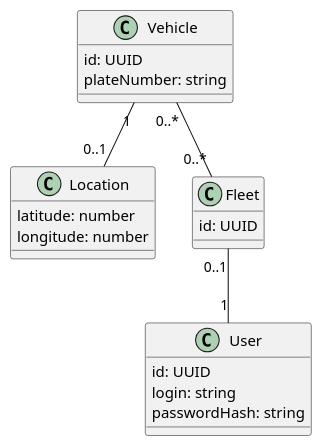
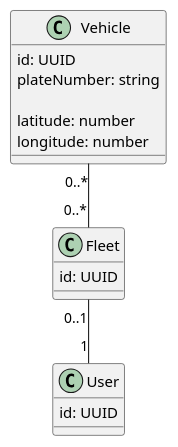
One commit to srobfr/fulll-hiring changed the diagram in Backend/Node/doc/Domain.puml. Above: the diagram before and after it, drawn with PlantUML. The commit also changed 2 other files, not shown here.

Commit message:
feat: fleet & vehicle steps

```diff
--- a/Backend/Node/doc/Domain.puml
+++ b/Backend/Node/doc/Domain.puml
@@ -1,29 +1,24 @@
 @startuml
 
 ' Domain model for the Fulll Vehicle fleet parking management system
 
 class Vehicle {
     id: UUID
     plateNumber: string
-}
 
-class Location {
     latitude: number
     longitude: number
 }
 
 class User {
     id: UUID
-    login: string
-    passwordHash: string
 }
 
 class Fleet {
     id: UUID
 }
 
 Fleet "0..1" -- "1" User
 Vehicle "0..*" -- "0..*" Fleet
-Vehicle "1" -- "0..1" Location
 
 @enduml
```
